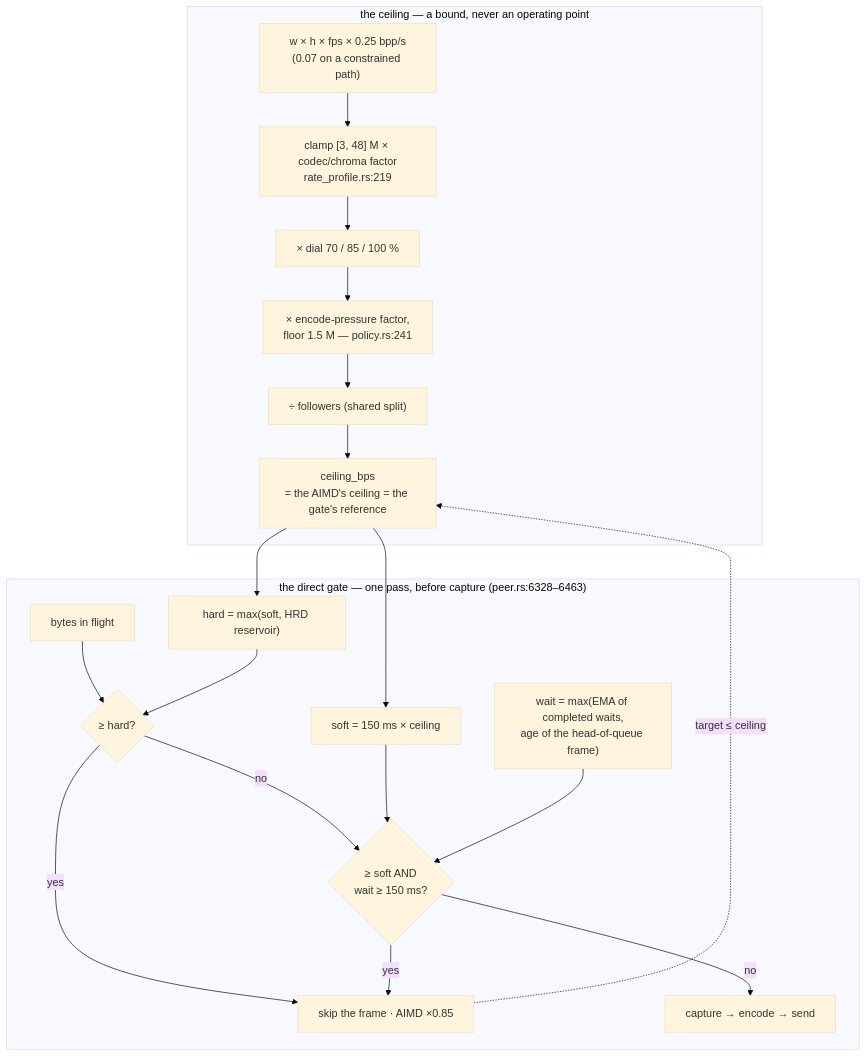
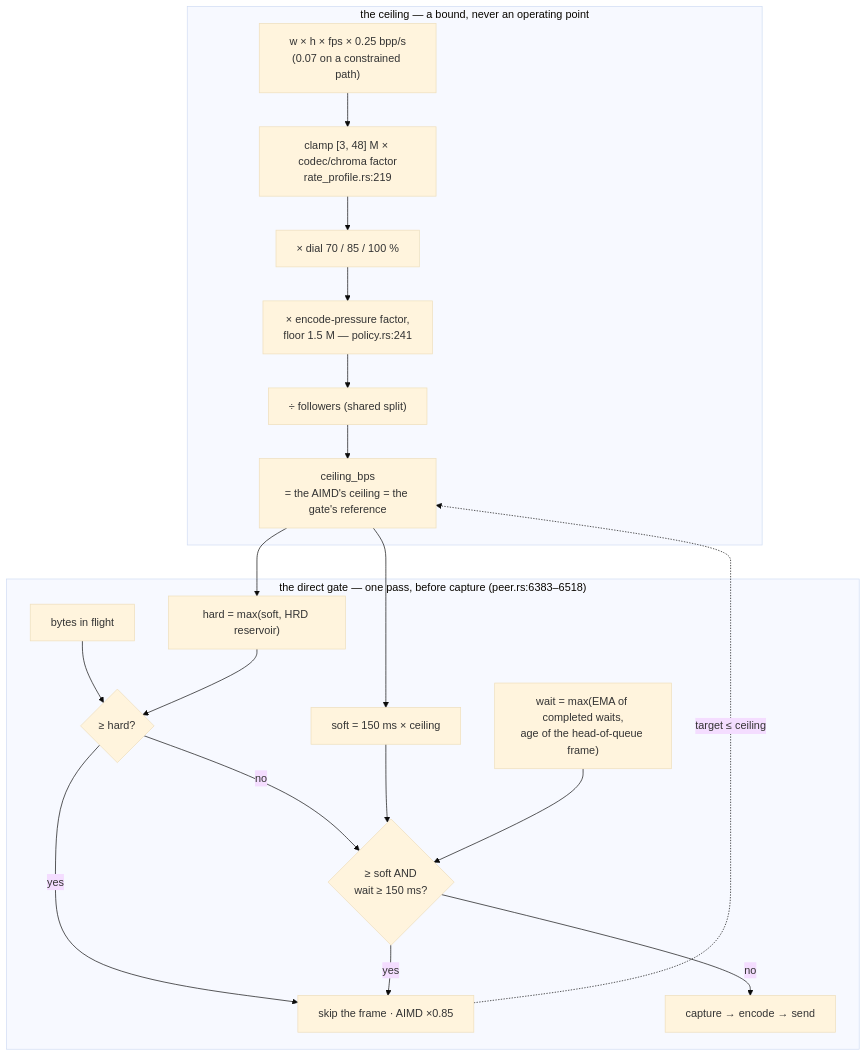
The fifth of 10 diagrams in docs/rate-control.md (gjovanov/roomler-ai), drawn with Mermaid (base theme) before and after one commit. The commit also changed other lines of this file and 25 other files, not shown here.

````diff
--- a/docs/rate-control.md
+++ b/docs/rate-control.md
@@ -755,24 +755,24 @@
 ```mermaid
 flowchart TB
     subgraph ceiling["the ceiling — a bound, never an operating point"]
         G["w × h × fps × 0.25 bpp/s<br/>(0.07 on a constrained path)"] --> C["clamp [3, 48] M × codec/chroma factor<br/>rate_profile.rs:219"]
         C --> D["× dial 70 / 85 / 100 %"]
         D --> E["× encode-pressure factor,<br/>floor 1.5 M — policy.rs:241"]
         E --> S["÷ followers (shared split)"]
         S --> CEIL["ceiling_bps<br/>= the AIMD's ceiling = the gate's reference"]
     end
-    subgraph gate["the direct gate — one pass, before capture (peer.rs:6328–6463)"]
+    subgraph gate["the direct gate — one pass, before capture (peer.rs:6383–6518)"]
         CEIL --> SOFT["soft = 150 ms × ceiling"]
         CEIL --> HARD["hard = max(soft, HRD reservoir)"]
         W["wait = max(EMA of completed waits,<br/>age of the head-of-queue frame)"]
         Q["bytes in flight"] --> H{"≥ hard?"}
         HARD --> H
         H -- yes --> TRIP["skip the frame · AIMD ×0.85"]
         H -- no --> SQ{"≥ soft AND<br/>wait ≥ 150 ms?"}
         SOFT --> SQ
         W --> SQ
         SQ -- yes --> TRIP
         SQ -- no --> PASS["capture → encode → send"]
     end
     TRIP -.->|"target ≤ ceiling"| CEIL
 ```
````
